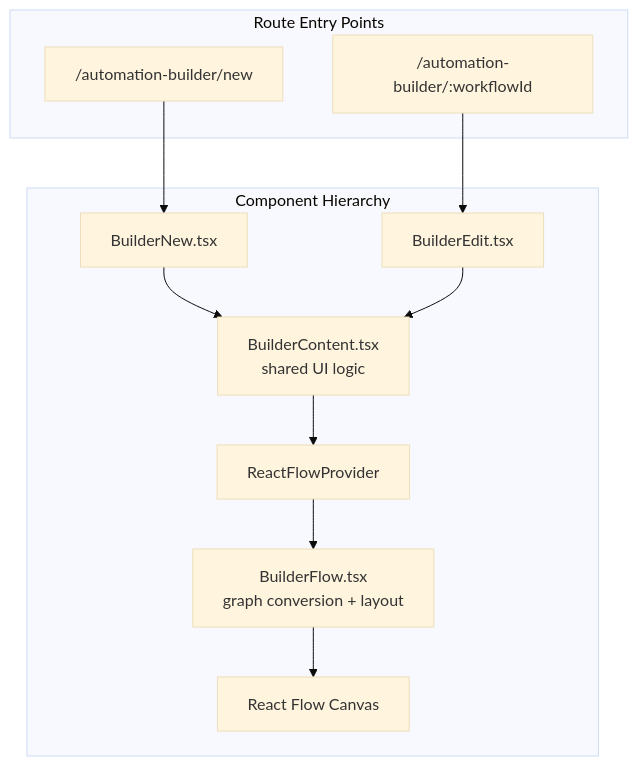
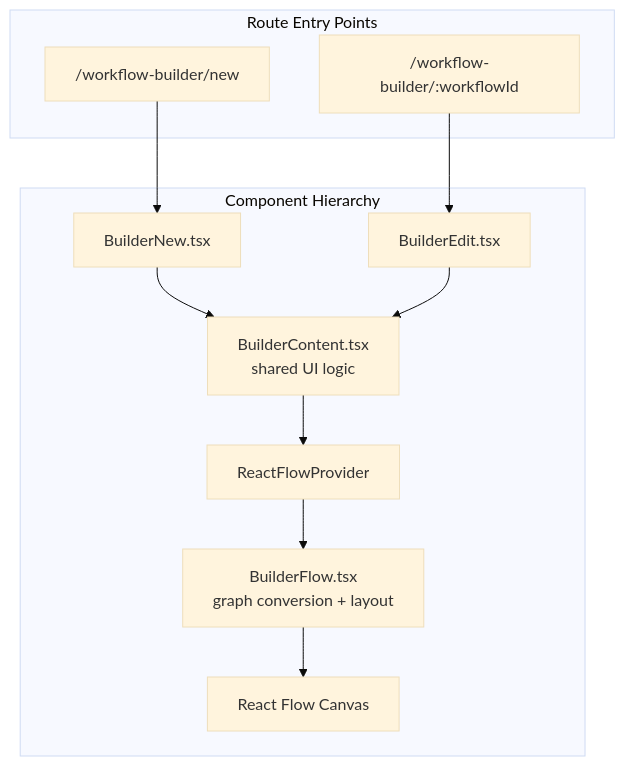
One commit to alinabuzachis/syntara changed diagram 18 of 18 in docs/architecture.md. Above: the diagram before and after it, drawn with Mermaid (base theme). The commit also changed other lines of this file and 90 other files, not shown here.

First line of the commit message:
[AAP-72506] Rename 'automation' to 'workflow' across entire UI (#557)

````diff
--- a/docs/architecture.md
+++ b/docs/architecture.md
@@ -1047,24 +1047,24 @@
 ```mermaid
 flowchart TB
   subgraph Routes["Route Entry Points"]
-    R1["/automation-builder/new"]
-    R2["/automation-builder/:workflowId"]
+    R1["/workflow-builder/new"]
+    R2["/workflow-builder/:workflowId"]
   end
 
   subgraph Components["Component Hierarchy"]
     BN[BuilderNew.tsx]
     BE[BuilderEdit.tsx]
     BC[BuilderContent.tsx<br/>shared UI logic]
     RFP[ReactFlowProvider]
     BF[BuilderFlow.tsx<br/>graph conversion + layout]
     RF[React Flow Canvas]
   end
 
   R1 --> BN
   R2 --> BE
   BN --> BC
   BE --> BC
   BC --> RFP
   RFP --> BF
   BF --> RF
 ```
````
